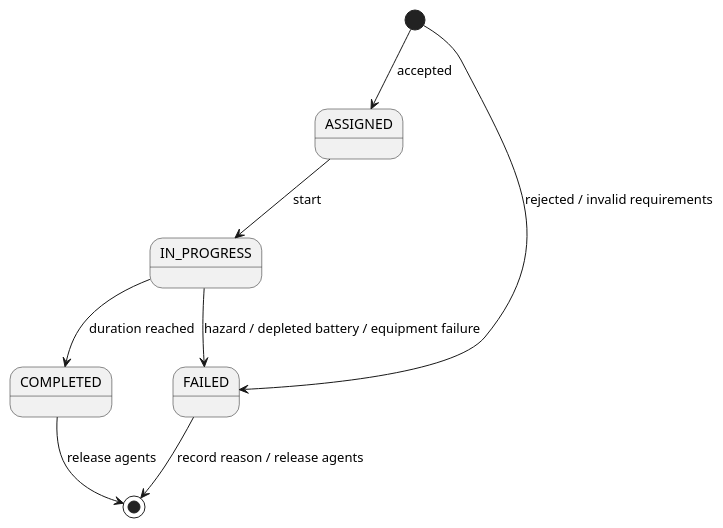
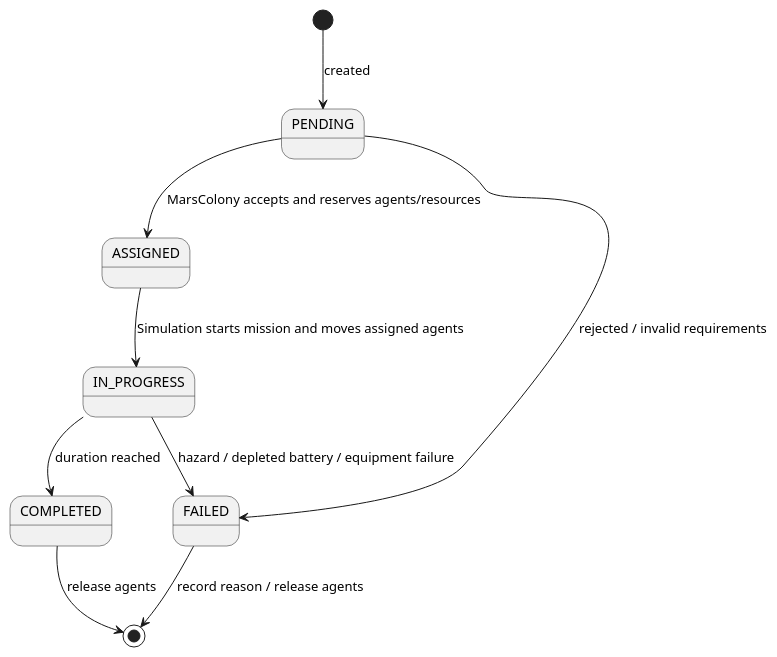
Before and after one commit to Toqa-Elsaqqa/MarsColony: the diagram in docs/state_machine_mission.puml, drawn with PlantUML. The commit also changed 34 other files, not shown here.

```diff
--- a/docs/state_machine_mission.puml
+++ b/docs/state_machine_mission.puml
@@ -1,9 +1,10 @@
 @startuml
-[*] --> ASSIGNED : accepted
-[*] --> FAILED : rejected / invalid requirements
-ASSIGNED --> IN_PROGRESS : start
+[*] --> PENDING : created
+PENDING --> ASSIGNED : MarsColony accepts and reserves agents/resources
+PENDING --> FAILED : rejected / invalid requirements
+ASSIGNED --> IN_PROGRESS : Simulation starts mission and moves assigned agents
 IN_PROGRESS --> COMPLETED : duration reached
 IN_PROGRESS --> FAILED : hazard / depleted battery / equipment failure
 COMPLETED --> [*] : release agents
 FAILED --> [*] : record reason / release agents
 @enduml
```
